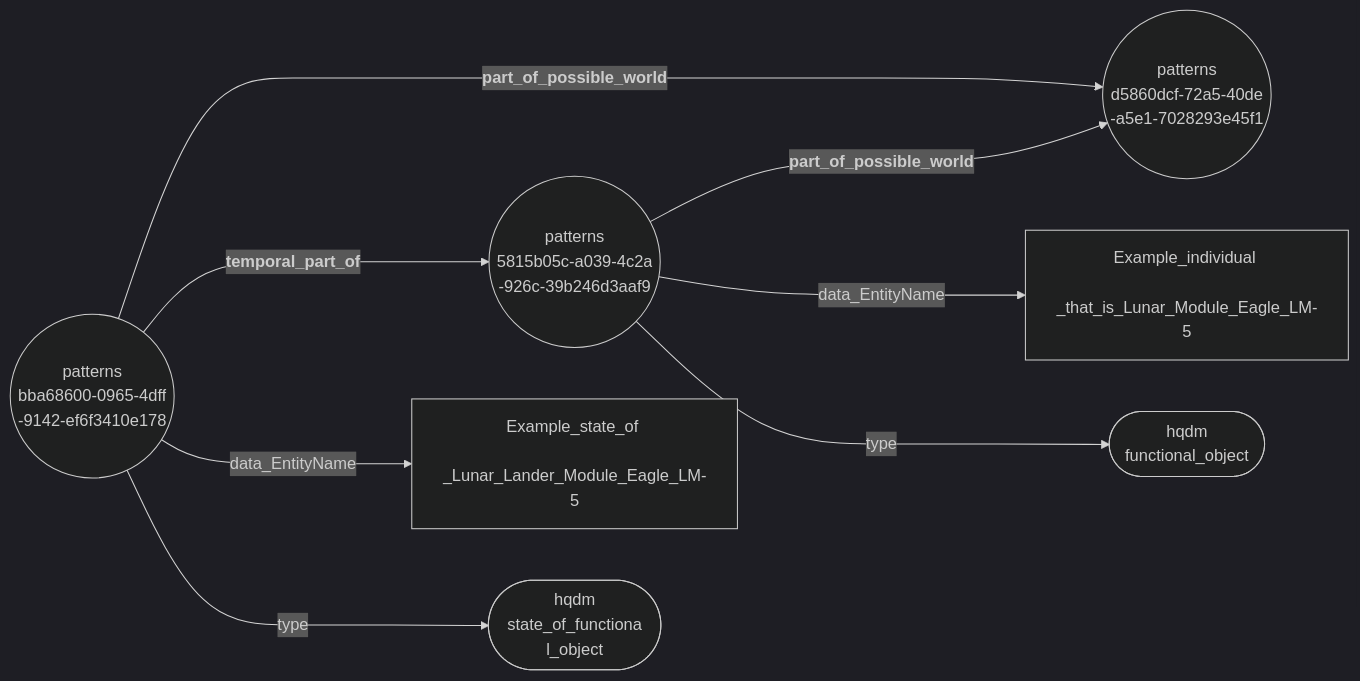
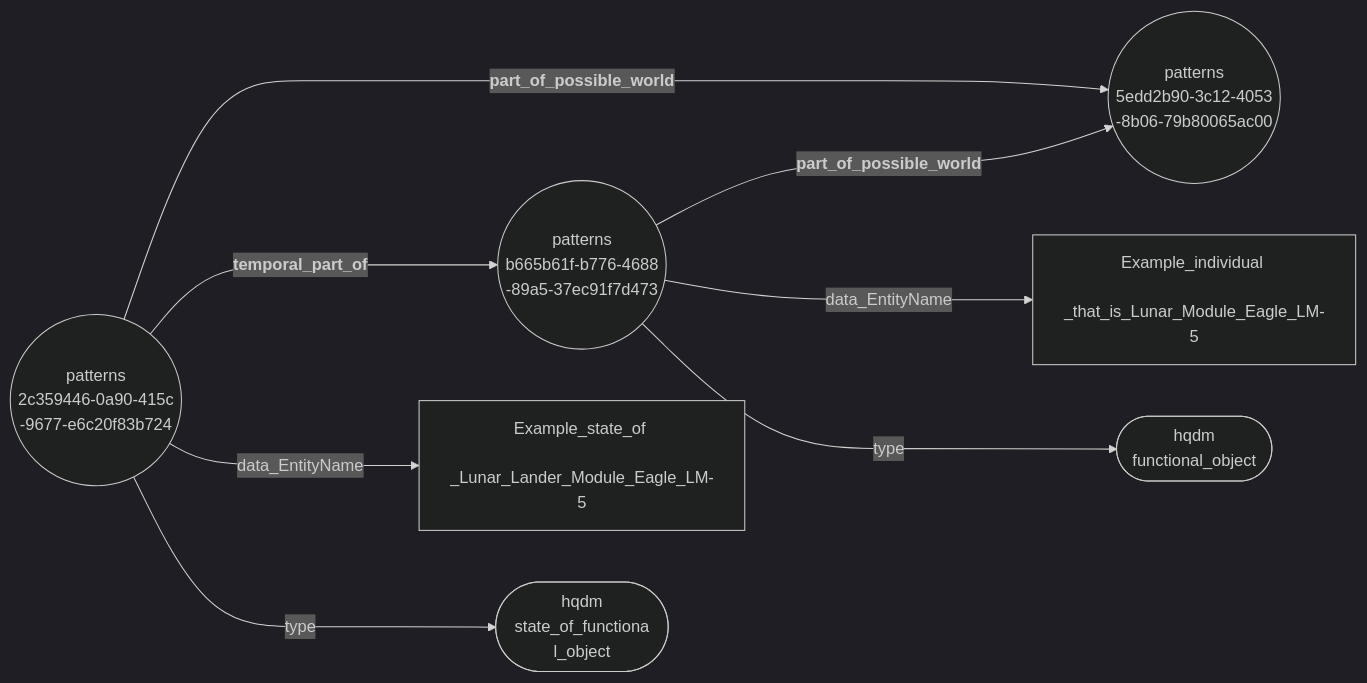
The diagram in docs/extras/example-files/temporalPartOfAllRelsNodeEdgeGraph.mermaid (ClimbingAl/HqdmPatterns), drawn with Mermaid (dark theme) before and after one commit. The commit also changed 135 other files, not shown here.

````diff
--- a/docs/extras/example-files/temporalPartOfAllRelsNodeEdgeGraph.mermaid
+++ b/docs/extras/example-files/temporalPartOfAllRelsNodeEdgeGraph.mermaid
@@ -1,10 +1,10 @@
 ``` mermaid
 graph LR
-  5815b05c-a039-4c2a-926c-39b246d3aaf9(("patterns <br> 5815b05c-a039-4c2a <br> -926c-39b246d3aaf9"))--->|"<b> part_of_possible_world"|d5860dcf-72a5-40de-a5e1-7028293e45f1(("patterns <br> d5860dcf-72a5-40de <br> -a5e1-7028293e45f1"));
-  5815b05c-a039-4c2a-926c-39b246d3aaf9(("patterns <br> 5815b05c-a039-4c2a <br> -926c-39b246d3aaf9"))--->|"data_EntityName"|Example_individual_that_is_Lunar_Module_Eagle_LM-5["Example_individual <br> _that_is_Lunar_Module_Eagle_LM-5"];
-  5815b05c-a039-4c2a-926c-39b246d3aaf9(("patterns <br> 5815b05c-a039-4c2a <br> -926c-39b246d3aaf9"))--->|"type"|functional_object(["hqdm <br> functional_object"]);
-  bba68600-0965-4dff-9142-ef6f3410e178(("patterns <br> bba68600-0965-4dff <br> -9142-ef6f3410e178"))--->|"<b> part_of_possible_world"|d5860dcf-72a5-40de-a5e1-7028293e45f1(("patterns <br> d5860dcf-72a5-40de <br> -a5e1-7028293e45f1"));
-  bba68600-0965-4dff-9142-ef6f3410e178(("patterns <br> bba68600-0965-4dff <br> -9142-ef6f3410e178"))--->|"<b> temporal_part_of"|5815b05c-a039-4c2a-926c-39b246d3aaf9(("patterns <br> 5815b05c-a039-4c2a <br> -926c-39b246d3aaf9"));
-  bba68600-0965-4dff-9142-ef6f3410e178(("patterns <br> bba68600-0965-4dff <br> -9142-ef6f3410e178"))--->|"data_EntityName"|Example_state_of_Lunar_Lander_Module_Eagle_LM-5["Example_state_of <br> _Lunar_Lander_Module_Eagle_LM-5"];
-  bba68600-0965-4dff-9142-ef6f3410e178(("patterns <br> bba68600-0965-4dff <br> -9142-ef6f3410e178"))--->|"type"|state_of_functional_object(["hqdm <br> state_of_functiona <br> l_object"]);
+  b665b61f-b776-4688-89a5-37ec91f7d473(("patterns <br> b665b61f-b776-4688 <br> -89a5-37ec91f7d473"))--->|"<b> part_of_possible_world"|5edd2b90-3c12-4053-8b06-79b80065ac00(("patterns <br> 5edd2b90-3c12-4053 <br> -8b06-79b80065ac00"));
+  b665b61f-b776-4688-89a5-37ec91f7d473(("patterns <br> b665b61f-b776-4688 <br> -89a5-37ec91f7d473"))--->|"data_EntityName"|Example_individual_that_is_Lunar_Module_Eagle_LM-5["Example_individual <br> _that_is_Lunar_Module_Eagle_LM-5"];
+  b665b61f-b776-4688-89a5-37ec91f7d473(("patterns <br> b665b61f-b776-4688 <br> -89a5-37ec91f7d473"))--->|"type"|functional_object(["hqdm <br> functional_object"]);
+  2c359446-0a90-415c-9677-e6c20f83b724(("patterns <br> 2c359446-0a90-415c <br> -9677-e6c20f83b724"))--->|"<b> part_of_possible_world"|5edd2b90-3c12-4053-8b06-79b80065ac00(("patterns <br> 5edd2b90-3c12-4053 <br> -8b06-79b80065ac00"));
+  2c359446-0a90-415c-9677-e6c20f83b724(("patterns <br> 2c359446-0a90-415c <br> -9677-e6c20f83b724"))--->|"<b> temporal_part_of"|b665b61f-b776-4688-89a5-37ec91f7d473(("patterns <br> b665b61f-b776-4688 <br> -89a5-37ec91f7d473"));
+  2c359446-0a90-415c-9677-e6c20f83b724(("patterns <br> 2c359446-0a90-415c <br> -9677-e6c20f83b724"))--->|"data_EntityName"|Example_state_of_Lunar_Lander_Module_Eagle_LM-5["Example_state_of <br> _Lunar_Lander_Module_Eagle_LM-5"];
+  2c359446-0a90-415c-9677-e6c20f83b724(("patterns <br> 2c359446-0a90-415c <br> -9677-e6c20f83b724"))--->|"type"|state_of_functional_object(["hqdm <br> state_of_functiona <br> l_object"]);
 ```
````
